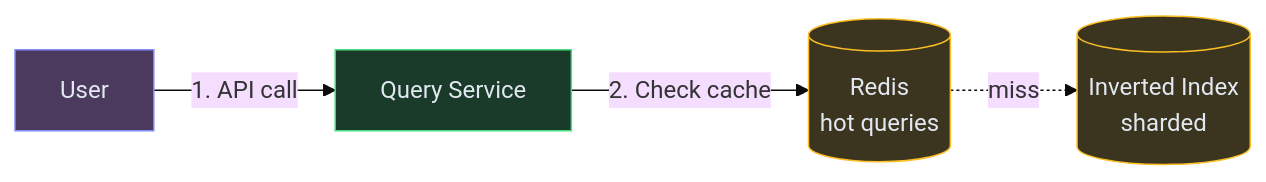
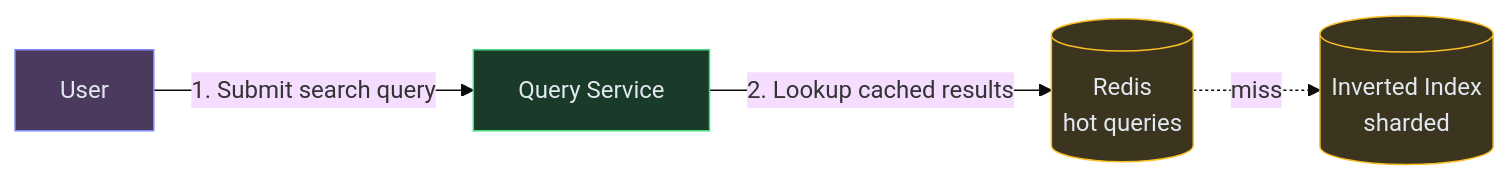
Before and after one commit to iluzn/HLD-Designs: the fourth of 4 diagrams in content/hld/WebCrawler.md, drawn with Mermaid (base theme). The commit also changed other lines of this file and 27 other files, not shown here.

````diff
--- a/content/hld/WebCrawler.md
+++ b/content/hld/WebCrawler.md
@@ -141,15 +141,15 @@
 ```mermaid
 flowchart LR
     USER["User"]:::client
     QUERY["Query Service"]:::service
     INDEX[("Inverted Index<br/>sharded")]:::data
     CACHE[("Redis<br/>hot queries")]:::data
 
-    USER -->|"1. API call"| QUERY
-    QUERY -->|"2. Check cache"| CACHE
+    USER -->|"1. Submit search query"| QUERY
+    QUERY -->|"2. Lookup cached results"| CACHE
     CACHE -.->|miss| INDEX
 
     classDef client fill:#4c3a5e,stroke:#818cf8,color:#e2e8f0
     classDef service fill:#1a3a2a,stroke:#4ade80,color:#e2e8f0
     classDef data fill:#3b3520,stroke:#fbbf24,color:#e2e8f0
 ```
````
